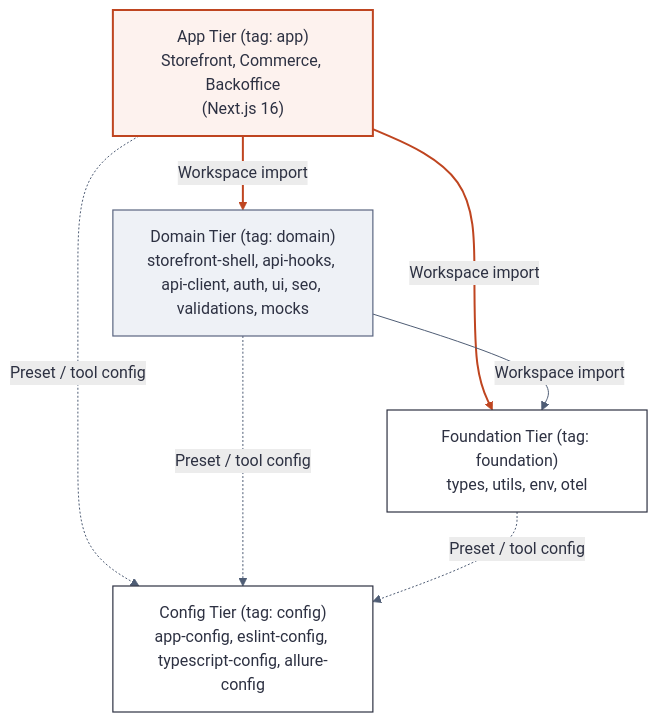
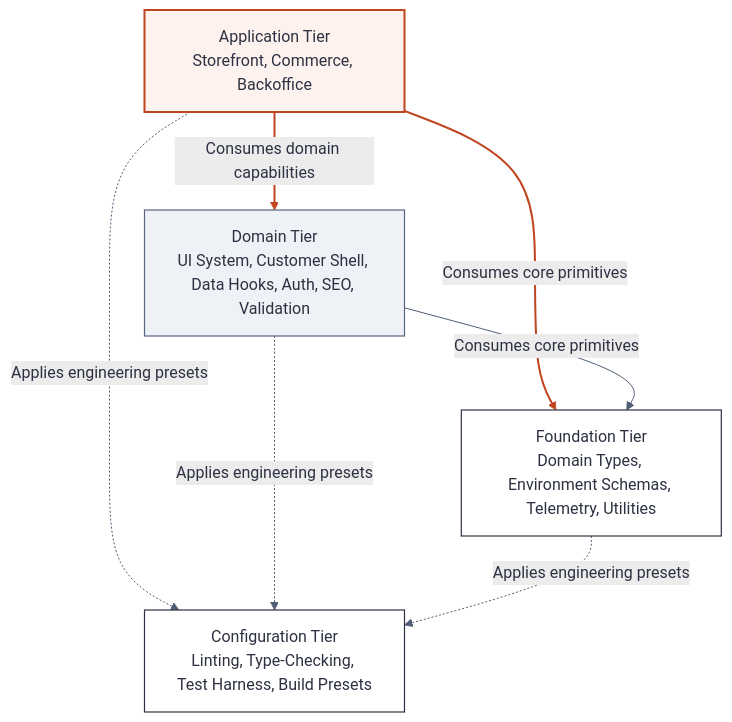
Before and after one commit to foxminchan/BookWorm: the diagram in docs/docs/frontend/mermaids/007-architecture-and-state-design-diagram-1.mmd, drawn with Mermaid. The commit also changed 630 other files, not shown here.

Commit message:
Enhance documentation and diagrams (#1864)

```diff
--- a/docs/docs/frontend/mermaids/007-architecture-and-state-design-diagram-1.mmd
+++ b/docs/docs/frontend/mermaids/007-architecture-and-state-design-diagram-1.mmd
@@ -1,24 +1,22 @@
 %%{init: {'theme': 'base', 'themeVariables': {'background': '#f5f5f5', 'primaryColor': '#ffffff', 'primaryTextColor': '#2d3142', 'primaryBorderColor': '#2d3142', 'secondaryColor': '#ececec', 'secondaryBorderColor': '#4f5d75', 'tertiaryColor': '#fdf2ee', 'tertiaryBorderColor': '#bf4520', 'lineColor': '#4f5d75', 'textColor': '#2d3142', 'clusterBkg': '#f8f9fa', 'clusterBorder': '#bfc0c0', 'fontFamily': 'Geist, system-ui, sans-serif'}}}%%
 flowchart TD
-	app["App Tier (tag: app)\nStorefront, Commerce, Backoffice\n(Next.js 16)"]
-	domain["Domain Tier (tag: domain)\nstorefront-shell, api-hooks, api-client, auth, ui, seo, validations, mocks"]
-	foundation["Foundation Tier (tag: foundation)\ntypes, utils, env, otel"]
-	config["Config Tier (tag: config)\napp-config, eslint-config, typescript-config, allure-config"]
+	app["Application Tier\nStorefront, Commerce, Backoffice"]
+	domain["Domain Tier\nUI System, Customer Shell, Data Hooks, Auth, SEO, Validation"]
+	foundation["Foundation Tier\nDomain Types, Environment Schemas, Telemetry, Utilities"]
+	config["Configuration Tier\nLinting, Type-Checking, Test Harness, Build Presets"]
 
-	app -->|"Workspace import"| domain
-	app -->|"Workspace import"| foundation
-	domain -->|"Workspace import"| foundation
-	app -.->|"Preset / tool config"| config
-	domain -.->|"Preset / tool config"| config
-	foundation -.->|"Preset / tool config"| config
+	app -->|"Consumes domain capabilities"| domain
+	app -->|"Consumes core primitives"| foundation
+	domain -->|"Consumes core primitives"| foundation
+	app -.->|"Applies engineering presets"| config
+	domain -.->|"Applies engineering presets"| config
+	foundation -.->|"Applies engineering presets"| config
 
 	classDef focal fill:#fdf2ee,stroke:#bf4520,stroke-width:2px,color:#2d3142
 	classDef service fill:#ffffff,stroke:#2d3142,stroke-width:1.2px,color:#2d3142
-	classDef store fill:#ececec,stroke:#4f5d75,stroke-width:1.2px,color:#2d3142
 	classDef input fill:#eef1f6,stroke:#5a6580,stroke-width:1.2px,color:#2d3142
-	classDef ext fill:#f5f5f5,stroke:#949eb2,stroke-width:1px,stroke-dasharray:4 3,color:#4f5d75
 	class app focal
 	class foundation,config service
 	class domain input
 	linkStyle 0 stroke:#bf4520,stroke-width:2px
 	linkStyle 1 stroke:#bf4520,stroke-width:2px
```
